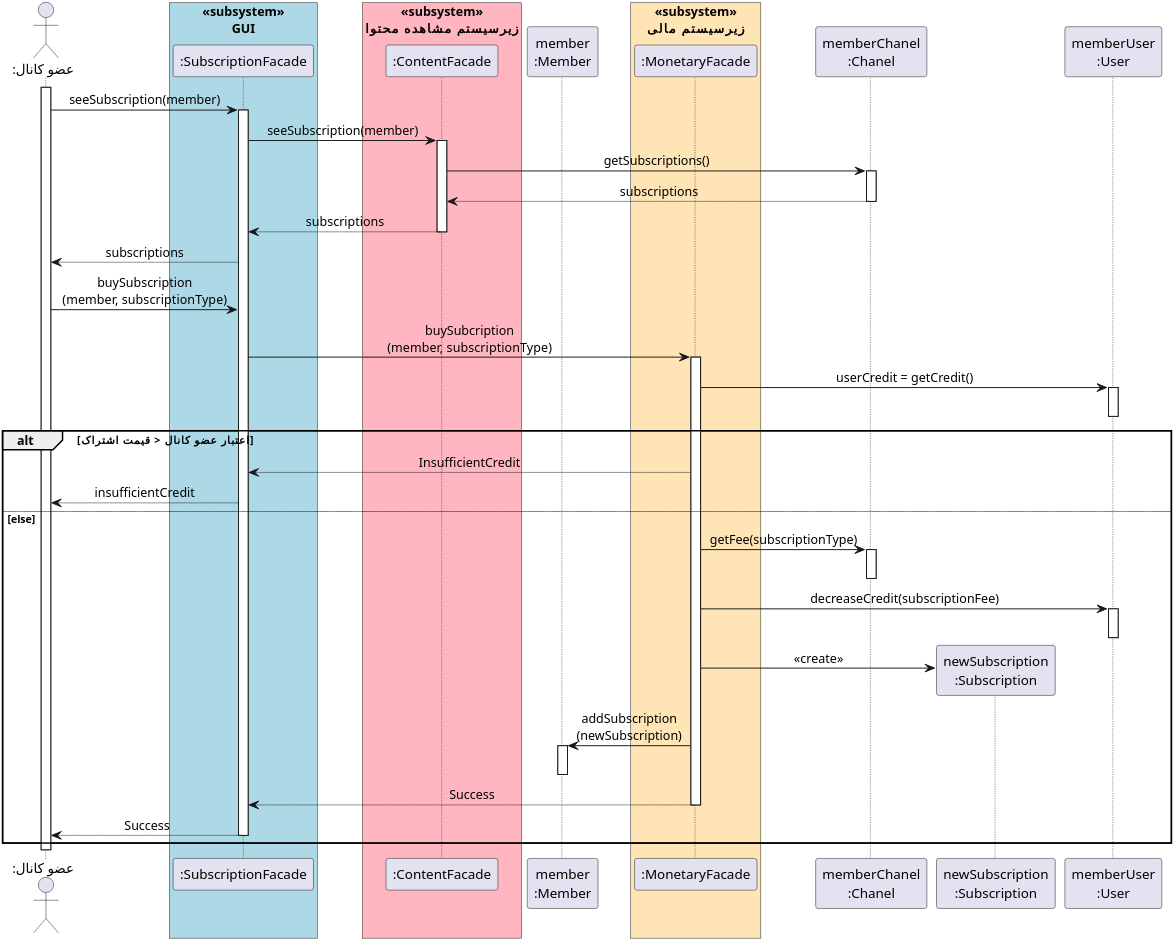
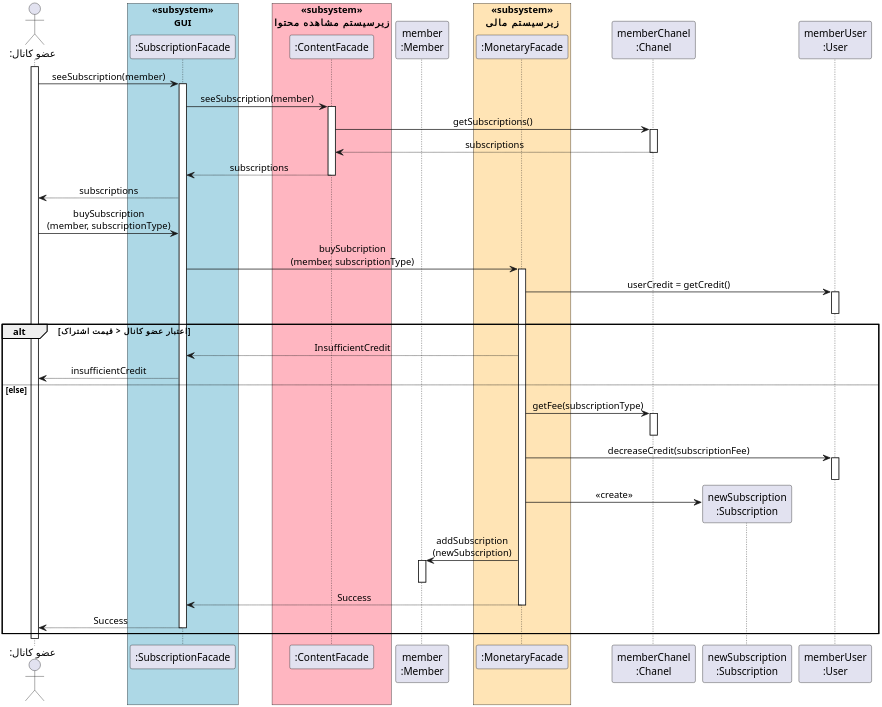
Before and after one commit to soleyman79/Qasedak: the diagram in Diagrams/Design Sequence/BuySubscription.puml, drawn with PlantUML.

Commit message:
Change scale

```diff
--- a/Diagrams/Design Sequence/BuySubscription.puml
+++ b/Diagrams/Design Sequence/BuySubscription.puml
@@ -1,68 +1,68 @@
 @startuml buy_subscription
 
 
-scale 4
+scale 3
 skinparam DefaultFontName Vazir
 skinparam DefaultTextAlignment center
 
 
 actor ":عضو کانال" as member
 box "«subsystem»\nGUI" #LightBlue
 participant ":SubscriptionFacade" as ui
 end box
 box "«subsystem»\nزیرسیستم مشاهده محتوا" #LightPink
 participant ":ContentFacade" as contentFacade
 end box
 participant "member\n:Member" as memberObj
 box "«subsystem»\nزیرسیستم مالی" #Moccasin
 participant ":MonetaryFacade" as monetary
 end box
 participant "memberChanel\n:Chanel" as chanel
 participant "newSubscription\n:Subscription" as subscription
 participant "memberUser\n:User" as user
 
 
 activate member
 member -> ui: seeSubscription(member)
 activate ui
 ui -> contentFacade: seeSubscription(member)
 activate contentFacade
 contentFacade -> chanel: getSubscriptions()
 activate chanel
 chanel --> contentFacade: subscriptions
 deactivate chanel
 contentFacade --> ui: subscriptions
 deactivate contentFacade
 ui --> member: subscriptions
 
 member -> ui: buySubscription\n(member, subscriptionType)
 ui -> monetary: buySubcription\n(member, subscriptionType)
 activate monetary
 monetary -> user: userCredit = getCredit()
 activate user
 deactivate user
 
 alt اعتبار عضو کانال < قیمت اشتراک
     monetary --> ui: InsufficientCredit
     ui --> member: insufficientCredit
 else else
     monetary -> chanel: getFee(subscriptionType)
     activate chanel
     deactivate chanel
     monetary -> user: decreaseCredit(subscriptionFee)
     activate user
     deactivate user
     monetary -> subscription **: «create»
     monetary -> memberObj: addSubscription\n(newSubscription)
     activate memberObj
     deactivate memberObj
     monetary --> ui: Success
     deactivate monetary
     ui --> member: Success
     deactivate ui
 end
 
 deactivate member
 
 
 @enduml
```
